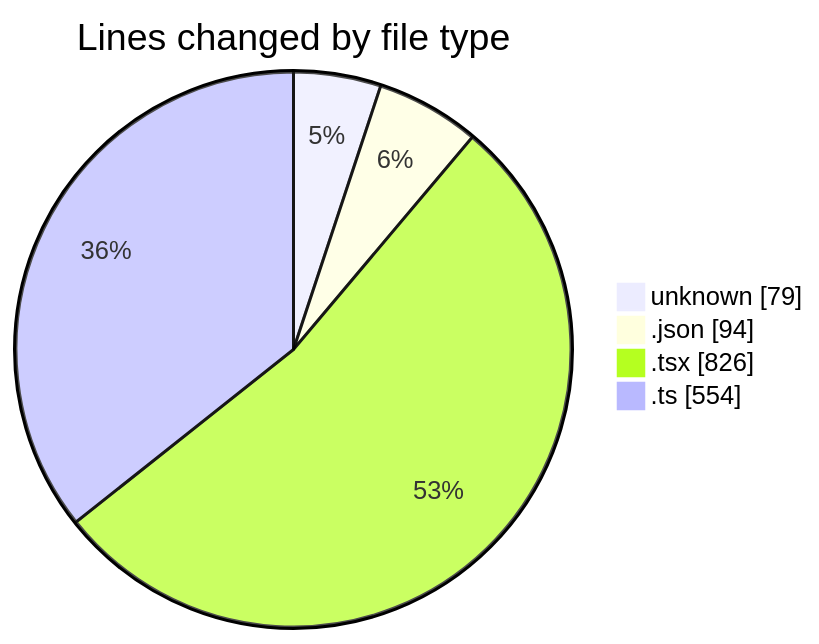
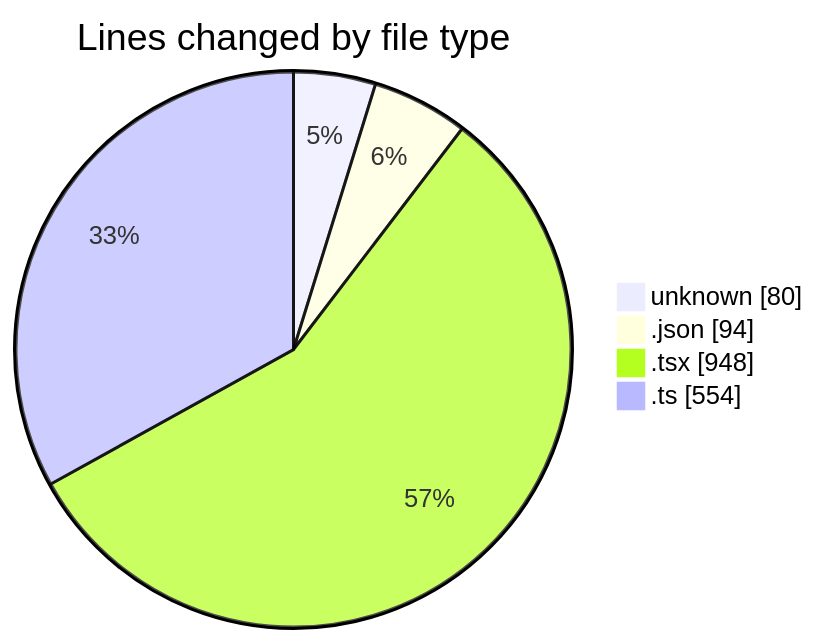
Before and after one commit to JenPaints/code-tracking: the first of 2 diagrams in 2025-07-24/cohera/README.md, drawn with Mermaid. The commit also changed other lines of this file and 1 other file, not shown here.

````diff
--- a/2025-07-24/cohera/README.md
+++ b/2025-07-24/cohera/README.md
@@ -29,8 +30,8 @@
 ```mermaid
 pie showData
 title Lines changed by file type
-"unknown" : 79
+"unknown" : 80
 ".json" : 94
-".tsx" : 826
+".tsx" : 948
 ".ts" : 554
 ```
````
